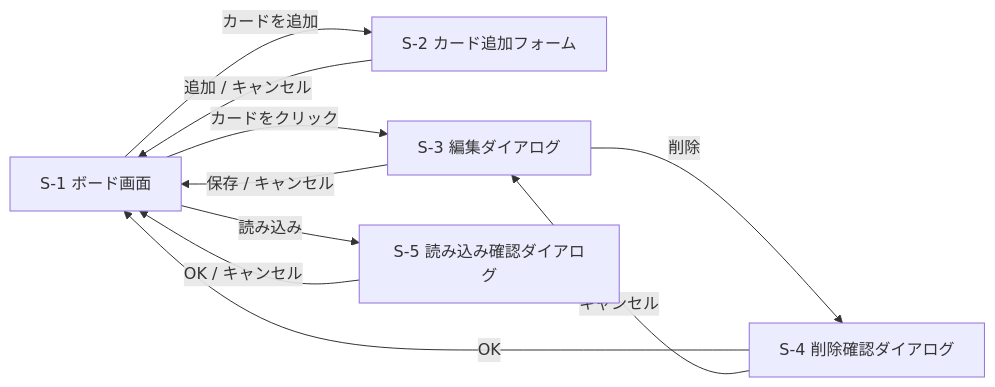
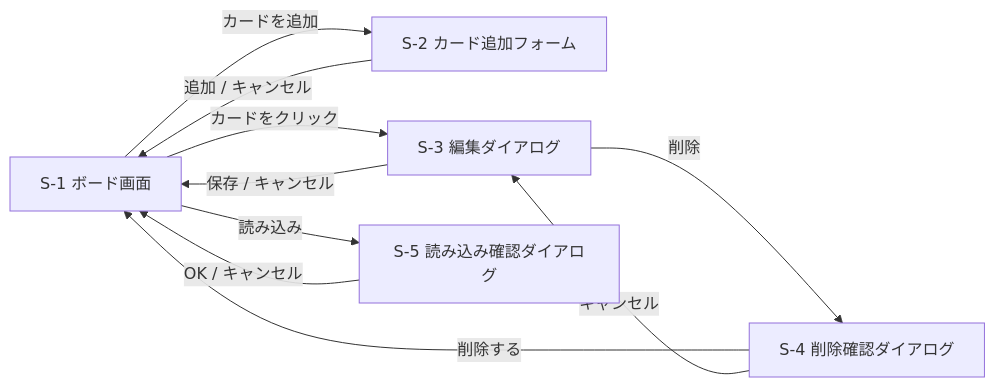
One commit to junji-sakamoto/taskmanegemento changed the first of 2 diagrams in docs/画面設計.md. Above: the diagram before and after it, drawn with Mermaid. The commit also changed other lines of this file and 8 other files, not shown here.

````diff
--- a/docs/画面設計.md
+++ b/docs/画面設計.md
@@ -23,18 +23,18 @@
 ```mermaid
 flowchart LR
     S1[S-1 ボード画面]
     S2[S-2 カード追加フォーム]
     S3[S-3 編集ダイアログ]
     S4[S-4 削除確認ダイアログ]
     S5[S-5 読み込み確認ダイアログ]
 
     S1 -- カードを追加 --> S2
     S2 -- 追加 / キャンセル --> S1
     S1 -- カードをクリック --> S3
     S3 -- 保存 / キャンセル --> S1
     S3 -- 削除 --> S4
-    S4 -- OK --> S1
+    S4 -- 削除する --> S1
     S4 -- キャンセル --> S3
     S1 -- 読み込み --> S5
     S5 -- OK / キャンセル --> S1
 ```
````
